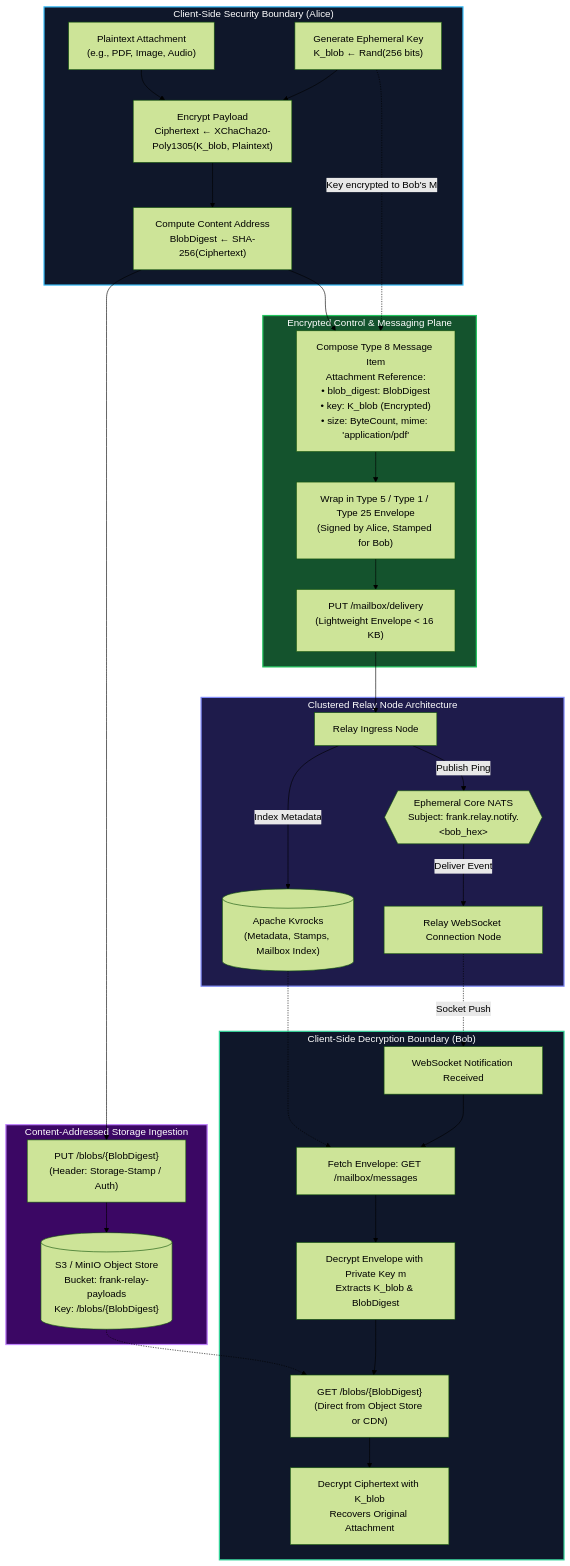
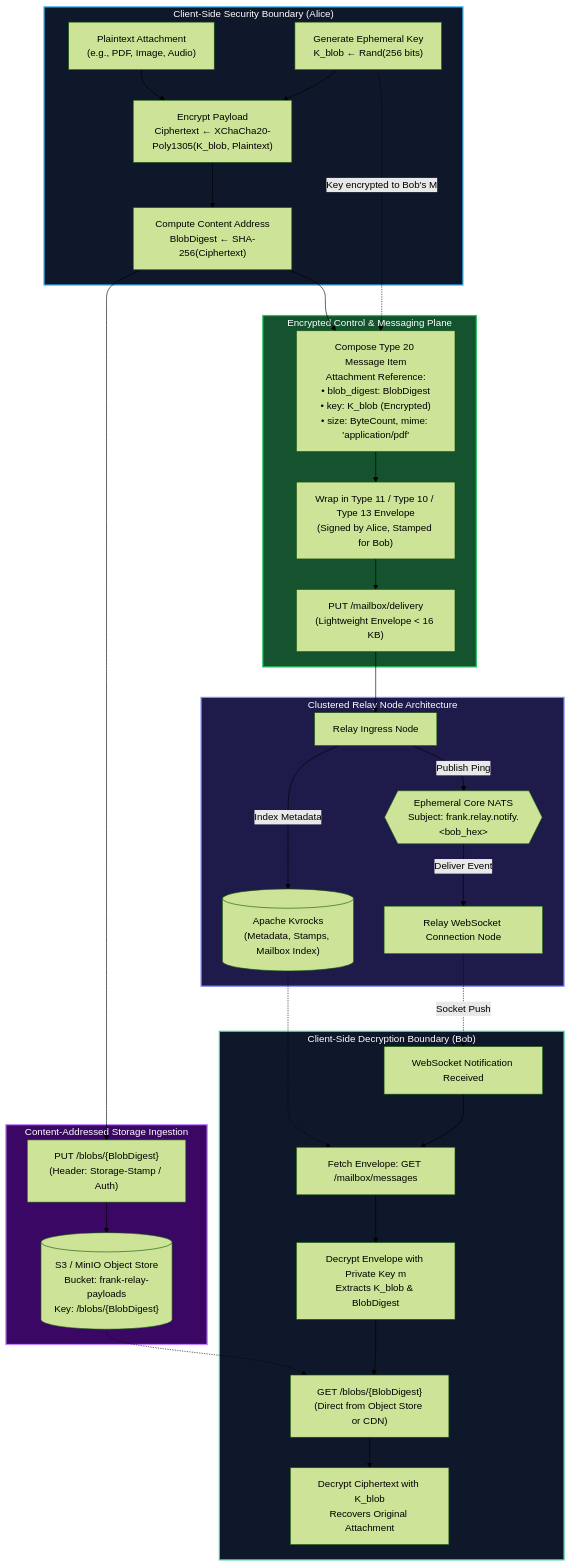
One commit to schancel/frank changed the third of 3 diagrams in docs/vitepress-architecture-and-scaffold.md. Above: the diagram before and after it, drawn with Mermaid (forest theme). The commit also changed other lines of this file and 13 other files, not shown here.

````diff
--- a/docs/vitepress-architecture-and-scaffold.md
+++ b/docs/vitepress-architecture-and-scaffold.md
@@ -158,66 +158,66 @@
 ```mermaid
 flowchart TD
     subgraph ClientSide ["Client-Side Security Boundary (Alice)"]
         Plaintext["Plaintext Attachment<br/>(e.g., PDF, Image, Audio)"]
         GenKey["Generate Ephemeral Key<br/>K_blob ← Rand(256 bits)"]
         EncryptBlob["Encrypt Payload<br/>Ciphertext ← XChaCha20-Poly1305(K_blob, Plaintext)"]
         HashBlob["Compute Content Address<br/>BlobDigest ← SHA-256(Ciphertext)"]
 
         Plaintext --> EncryptBlob
         GenKey --> EncryptBlob
         EncryptBlob --> HashBlob
     end
 
     subgraph BlobUpload ["Content-Addressed Storage Ingestion"]
         UploadBlob["PUT /blobs/{BlobDigest}<br/>(Header: Storage-Stamp / Auth)"]
         ObjectStore[("S3 / MinIO Object Store<br/>Bucket: frank-relay-payloads<br/>Key: /blobs/{BlobDigest}")]
 
         HashBlob --> UploadBlob
         UploadBlob --> ObjectStore
     end
 
     subgraph MessagingPlane ["Encrypted Control & Messaging Plane"]
-        ComposeDM["Compose Type 8 Message Item<br/>Attachment Reference:<br/>• blob_digest: BlobDigest<br/>• key: K_blob (Encrypted)<br/>• size: ByteCount, mime: 'application/pdf'"]
-        WrapDM["Wrap in Type 5 / Type 1 / Type 25 Envelope<br/>(Signed by Alice, Stamped for Bob)"]
+        ComposeDM["Compose Type 20 Message Item<br/>Attachment Reference:<br/>• blob_digest: BlobDigest<br/>• key: K_blob (Encrypted)<br/>• size: ByteCount, mime: 'application/pdf'"]
+        WrapDM["Wrap in Type 11 / Type 10 / Type 13 Envelope<br/>(Signed by Alice, Stamped for Bob)"]
         PushDM["PUT /mailbox/delivery<br/>(Lightweight Envelope &lt; 16 KB)"]
 
         GenKey -.->|Key encrypted to Bob's M| ComposeDM
         HashBlob --> ComposeDM
         ComposeDM --> WrapDM
         WrapDM --> PushDM
     end
 
     subgraph ClusteredBackend ["Clustered Relay Node Architecture"]
         IngressNode["Relay Ingress Node"]
         Kvrocks[("Apache Kvrocks<br/>(Metadata, Stamps, Mailbox Index)")]
         CoreNATS{{"Ephemeral Core NATS<br/>Subject: frank.relay.notify.&lt;bob_hex&gt;"}}
         WSNode["Relay WebSocket Connection Node"]
 
         PushDM --> IngressNode
         IngressNode -->|Index Metadata| Kvrocks
         IngressNode -->|Publish Ping| CoreNATS
         CoreNATS -->|Deliver Event| WSNode
     end
 
     subgraph RecipientSide ["Client-Side Decryption Boundary (Bob)"]
         RecvPush["WebSocket Notification Received"]
         SyncInbox["Fetch Envelope: GET /mailbox/messages"]
         DecryptDM["Decrypt Envelope with Private Key m<br/>Extracts K_blob & BlobDigest"]
         FetchBlob["GET /blobs/{BlobDigest}<br/>(Direct from Object Store or CDN)"]
         DecryptFile["Decrypt Ciphertext with K_blob<br/>Recovers Original Attachment"]
 
         WSNode -.->|Socket Push| RecvPush
         RecvPush --> SyncInbox
         Kvrocks -.-> SyncInbox
         SyncInbox --> DecryptDM
         DecryptDM --> FetchBlob
         ObjectStore -.-> FetchBlob
         FetchBlob --> DecryptFile
     end
 
     style ClientSide fill:#0f172a,stroke:#38bdf8,stroke-width:2px,color:#fff
     style RecipientSide fill:#0f172a,stroke:#34d399,stroke-width:2px,color:#fff
     style ClusteredBackend fill:#1e1b4b,stroke:#818cf8,stroke-width:2px,color:#fff
     style MessagingPlane fill:#14532d,stroke:#22c55e,stroke-width:2px,color:#fff
     style BlobUpload fill:#3b0764,stroke:#c084fc,stroke-width:2px,color:#fff
 ```
````
